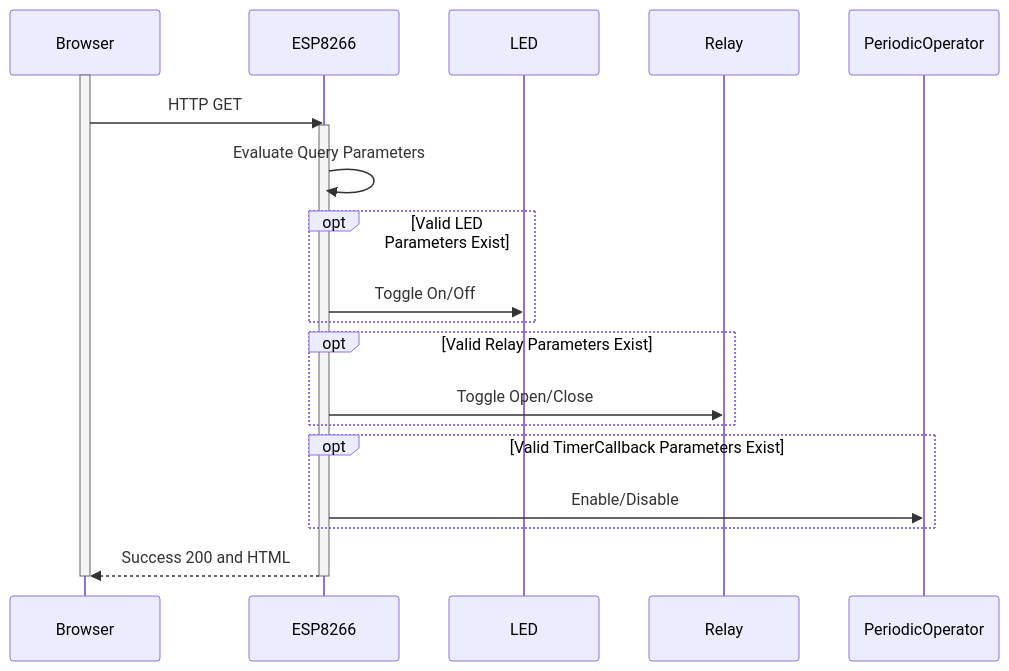
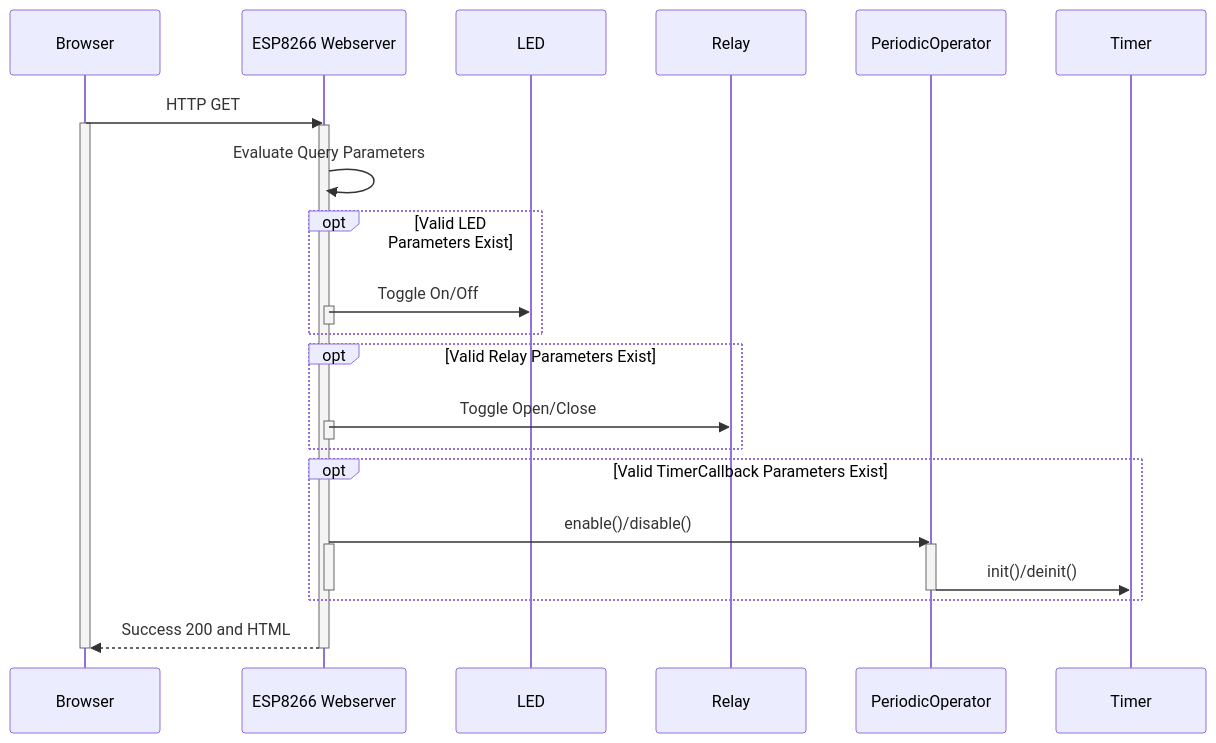
Before and after one commit to freemansoft/ESP8266-MicroPython: the fifth of 9 diagrams in README.md, drawn with Mermaid. The commit also changed other lines of this file, not shown here.

Commit message:
Sequence updates

````diff
--- a/README.md
+++ b/README.md
@@ -198,26 +205,39 @@
 ```mermaid
 sequenceDiagram
     participant Browser
-    participant ESP8266
+    participant ESP8266 as ESP8266 Webserver
     participant LED
     participant Relay
     participant PeriodicOperator
+    participant Timer
 
+    Browser->>ESP8266: HTTP GET
     activate Browser
-    Browser->>ESP8266: HTTP GET
     activate ESP8266
     ESP8266->>ESP8266: Evaluate Query Parameters
     opt Valid LED Parameters Exist
         ESP8266->>LED: Toggle On/Off
+        activate ESP8266
+        deactivate ESP8266
     end
+
     opt Valid Relay Parameters Exist
         ESP8266->>Relay: Toggle Open/Close
+        activate ESP8266
+        deactivate ESP8266
     end
+
     opt Valid TimerCallback Parameters Exist
-        ESP8266->>PeriodicOperator: Enable/Disable
+        ESP8266->>PeriodicOperator: enable()/disable()
+        activate ESP8266
+        activate PeriodicOperator
+        PeriodicOperator->>Timer: init()/deinit()
+        deactivate PeriodicOperator
+        deactivate ESP8266
     end
+
     ESP8266-->>Browser: Success 200 and HTML
     deactivate ESP8266
     deactivate Browser
 
 ```
````
